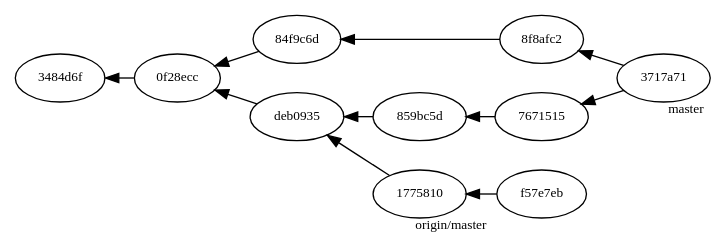
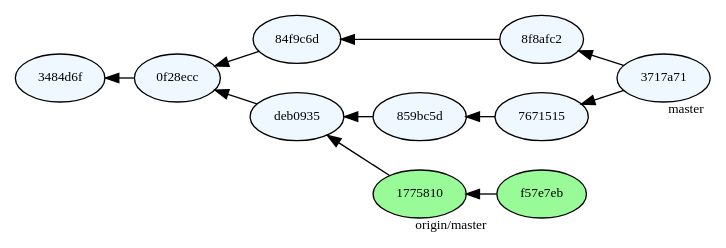
Before and after one commit to jonaskeisu/newton-sysg-op1: the diagram in lektioner/11-programmering-i-team/fig/remote-branch.dot, drawn with Graphviz. The commit also changed 14 other files, not shown here.

```diff
--- a/lektioner/11-programmering-i-team/fig/remote-branch.dot
+++ b/lektioner/11-programmering-i-team/fig/remote-branch.dot
@@ -1,23 +1,23 @@
 digraph branch 
 {
   rankdir=LR
   nodesep=0.3
   ranksep=0.3
-  node [fontsize=10]
+  node [fontsize=10, style=filled]
   edge [dir = "back"]
-  c2 [label = "3484d6f"]
-  c3 [label = "0f28ecc"]
-  c4 [label = "84f9c6d"]
-  c5 [label = "8f8afc2"]
-  c6 [label = "deb0935"]
-  c7 [label = "859bc5d"]
-  c8 [label = "7671515"]
-  c9 [label = "3717a71", xlabel="master"]
-  c10 [label = "1775810"]
-  c11 [label = "f57e7eb", xlabel="origin/master"]
+  c2 [label = "3484d6f", fillcolor=aliceblue]
+  c3 [label = "0f28ecc", fillcolor=aliceblue]
+  c4 [label = "84f9c6d", fillcolor=aliceblue]
+  c5 [label = "8f8afc2", fillcolor=aliceblue]
+  c6 [label = "deb0935", fillcolor=aliceblue]
+  c7 [label = "859bc5d", fillcolor=aliceblue]
+  c8 [label = "7671515", fillcolor=aliceblue]
+  c9 [label = "3717a71", xlabel="master", fillcolor=aliceblue]
+  c10 [label = "1775810", fillcolor=palegreen]
+  c11 [label = "f57e7eb", xlabel="origin/master", fillcolor=palegreen]
 
 
   c2 -> c3 -> c4 -> c5 -> c9
   c3 -> c6 -> c7  -> c8 -> c9
   c6 -> c10 -> c11
 }
```
